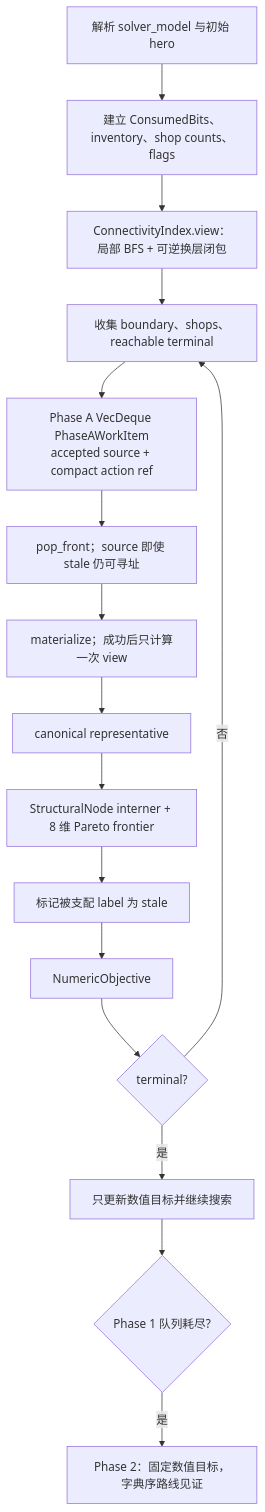
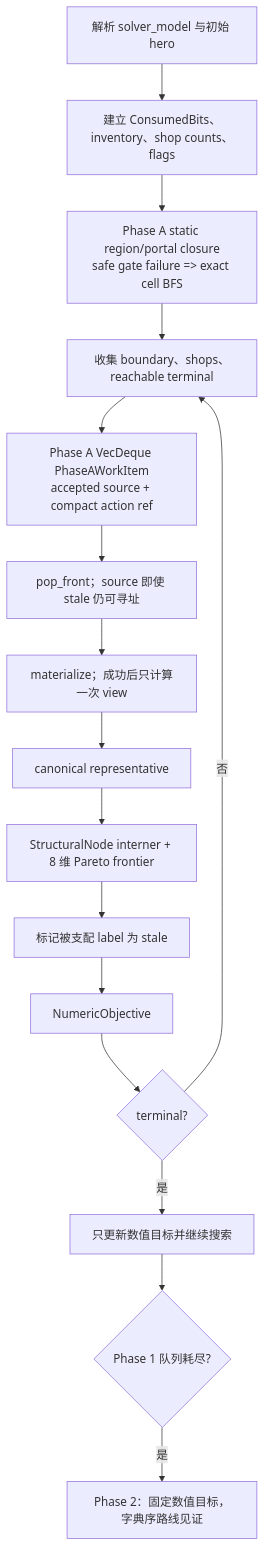
The second of 2 diagrams in games/mota-planning-lab/docs/current-solver-architecture.md (qingpu1996/userscripts), drawn with Mermaid before and after one commit. The commit also changed other lines of this file and 11 other files, not shown here.

````diff
--- a/games/mota-planning-lab/docs/current-solver-architecture.md
+++ b/games/mota-planning-lab/docs/current-solver-architecture.md
@@ -50,18 +54,18 @@
 ```mermaid
 flowchart TD
   A[解析 solver_model 与初始 hero] --> B[建立 ConsumedBits、inventory、shop counts、flags]
-  B --> C[ConnectivityIndex.view：局部 BFS + 可逆换层闭包]
+  B --> C[Phase A static region/portal closure\nsafe gate failure => exact cell BFS]
   C --> D[收集 boundary、shops、reachable terminal]
   D --> E[Phase A VecDeque PhaseAWorkItem\naccepted source + compact action ref]
   E --> F[pop_front；source 即使 stale 仍可寻址]
   F --> G[materialize；成功后只计算一次 view]
   G --> H[canonical representative]
   H --> I[StructuralNode interner + 8 维 Pareto frontier]
   I --> J[标记被支配 label 为 stale]
   J --> K[NumericObjective]
   K --> L{terminal?}
   L -- 否 --> D
   L -- 是 --> M[只更新数值目标并继续搜索]
   M --> N{Phase 1 队列耗尽?}
   N -- 是 --> O[Phase 2：固定数值目标，字典序路线见证]
 ```
````
